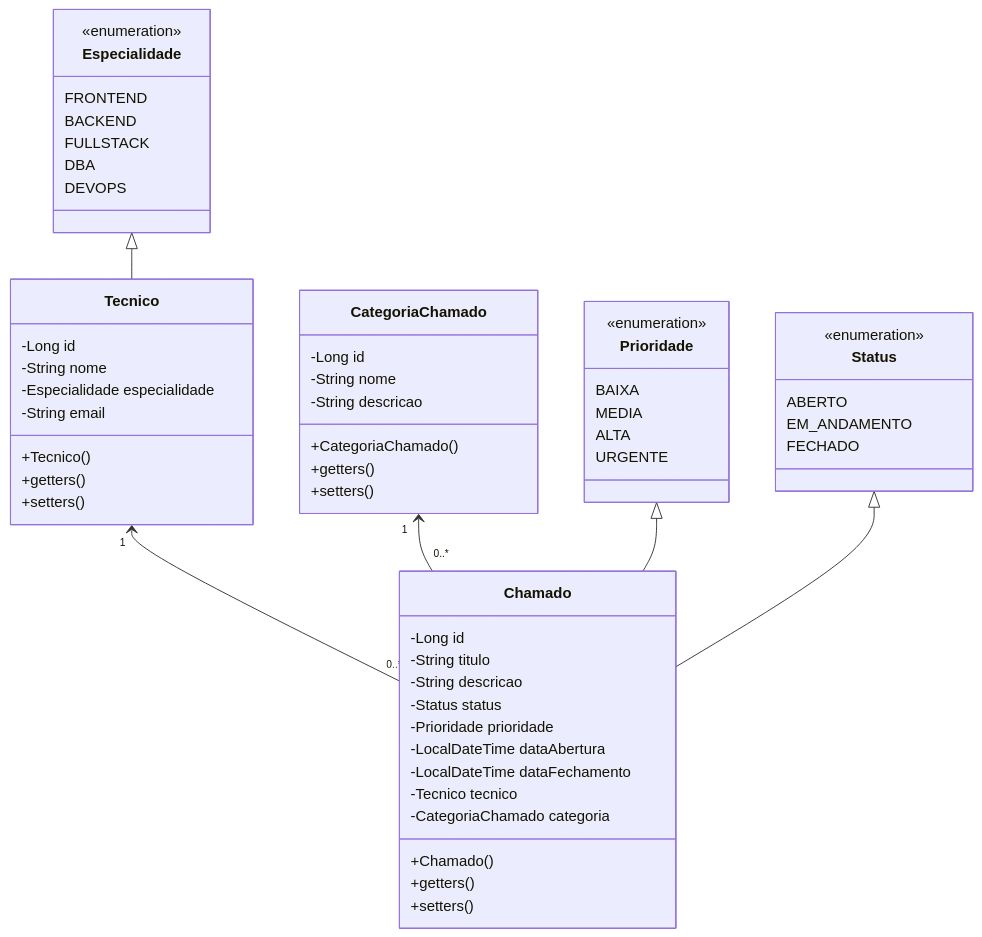
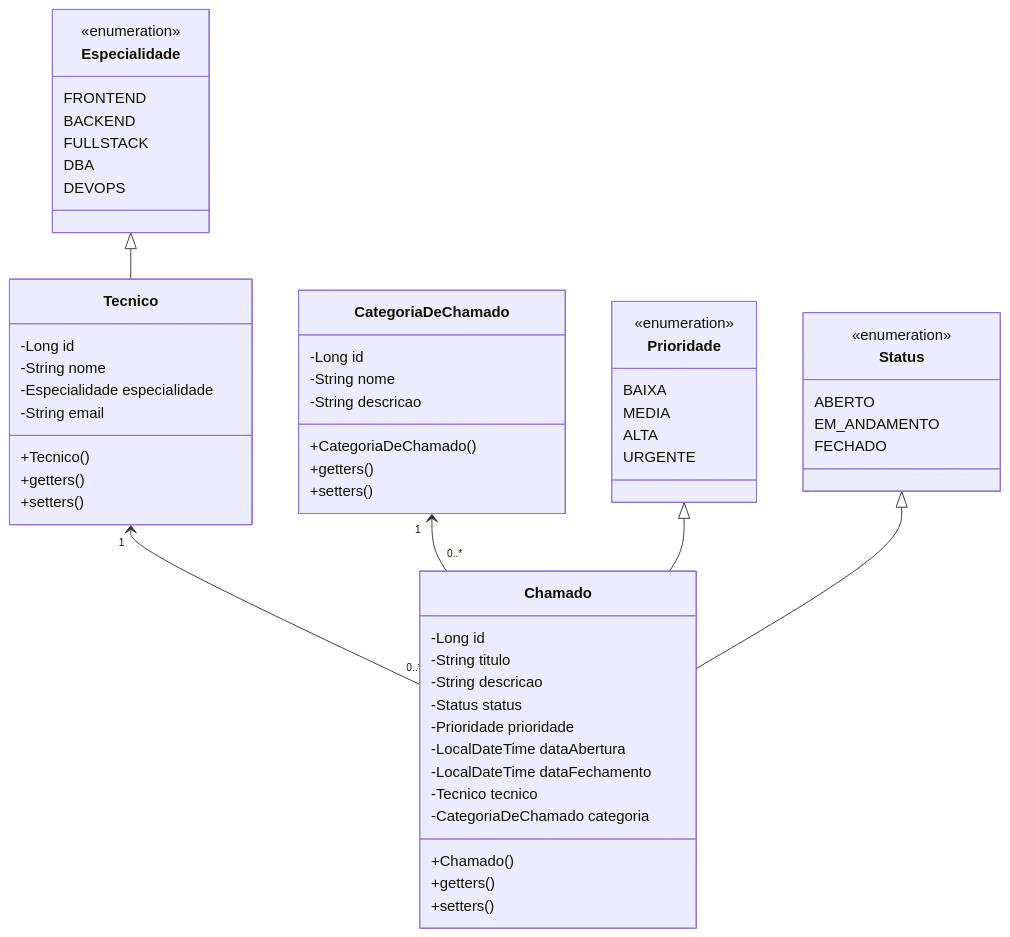
Before and after one commit to heltonricardo/enunciados-exercicios-java: the diagram in exercicios/exercicio-016/versao-001/README.md, drawn with Mermaid. The commit also changed other lines of this file, not shown here.

````diff
--- a/exercicios/exercicio-016/versao-001/README.md
+++ b/exercicios/exercicio-016/versao-001/README.md
@@ -27,68 +50,68 @@
 ```mermaid
 classDiagram
 
 class Tecnico {
   -Long id
   -String nome
   -Especialidade especialidade
   -String email
   +Tecnico()
   +getters()
   +setters()
 }
 
-class CategoriaChamado {
+class CategoriaDeChamado {
   -Long id
   -String nome
   -String descricao
-  +CategoriaChamado()
+  +CategoriaDeChamado()
   +getters()
   +setters()
 }
 
 class Chamado {
   -Long id
   -String titulo
   -String descricao
   -Status status
   -Prioridade prioridade
   -LocalDateTime dataAbertura
   -LocalDateTime dataFechamento
   -Tecnico tecnico
-  -CategoriaChamado categoria
+  -CategoriaDeChamado categoria
   +Chamado()
   +getters()
   +setters()
 }
 
 class Especialidade {
     <<enumeration>>
     FRONTEND
     BACKEND
     FULLSTACK
     DBA
     DEVOPS
 }
 
 class Prioridade {
     <<enumeration>>
     BAIXA
     MEDIA
     ALTA
     URGENTE
 }
 
 class Status {
     <<enumeration>>
     ABERTO
     EM_ANDAMENTO
     FECHADO
 }
 
 Tecnico "1" <-- "0..*" Chamado
-CategoriaChamado "1" <-- "0..*" Chamado
+CategoriaDeChamado "1" <-- "0..*" Chamado
 
 Especialidade <|-- Tecnico
 Prioridade <|-- Chamado
 Status <|-- Chamado
 ```
````
